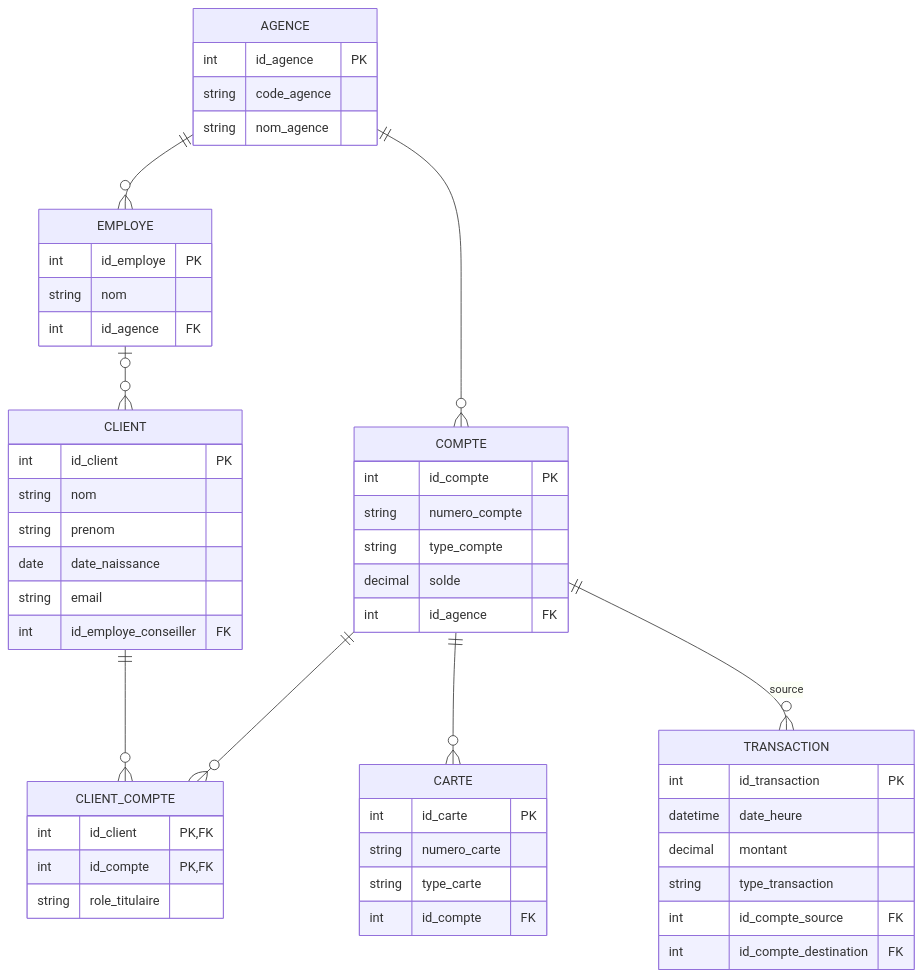
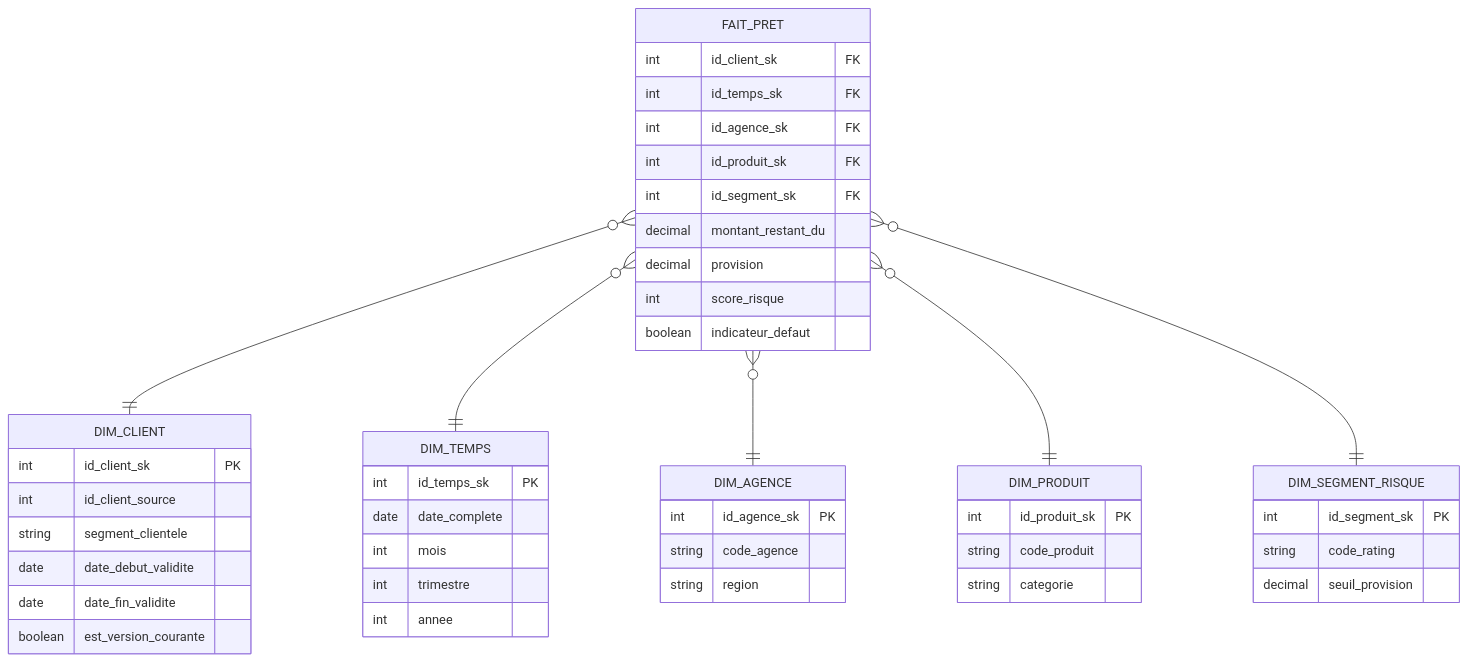
Before and after one commit to oussamadataeng-lab/DatamodelingProject-finance_health_industry-: the second of 2 diagrams in README.md, drawn with Mermaid. The commit also changed other lines of this file and 1 other file, not shown here.

````diff
--- a/README.md
+++ b/README.md
@@ -33,55 +22,50 @@
 ```mermaid
 erDiagram
-    CLIENT {
-        int id_client PK
-        string nom
-        string prenom
-        date date_naissance
-        string email
-        int id_employe_conseiller FK
+    FAIT_PRET {
+        int id_client_sk FK
+        int id_temps_sk FK
+        int id_agence_sk FK
+        int id_produit_sk FK
+        int id_segment_sk FK
+        decimal montant_restant_du
+        decimal provision
+        int score_risque
+        boolean indicateur_defaut
     }
-    CLIENT_COMPTE {
-        int id_client PK,FK
-        int id_compte PK,FK
-        string role_titulaire
+    DIM_CLIENT {
+        int id_client_sk PK
+        int id_client_source
+        string segment_clientele
+        date date_debut_validite
+        date date_fin_validite
+        boolean est_version_courante
     }
-    COMPTE {
-        int id_compte PK
-        string numero_compte
-        string type_compte
-        decimal solde
-        int id_agence FK
+    DIM_TEMPS {
+        int id_temps_sk PK
+        date date_complete
+        int mois
+        int trimestre
+        int annee
     }
-    AGENCE {
-        int id_agence PK
+    DIM_AGENCE {
+        int id_agence_sk PK
         string code_agence
-        string nom_agence
+        string region
     }
-    EMPLOYE {
-        int id_employe PK
-        string nom
-        int id_agence FK
+    DIM_PRODUIT {
+        int id_produit_sk PK
+        string code_produit
+        string categorie
     }
-    CARTE {
-        int id_carte PK
-        string numero_carte
-        string type_carte
-        int id_compte FK
-    }
-    TRANSACTION {
-        int id_transaction PK
-        datetime date_heure
-        decimal montant
-        string type_transaction
-        int id_compte_source FK
-        int id_compte_destination FK
+    DIM_SEGMENT_RISQUE {
+        int id_segment_sk PK
+        string code_rating
+        decimal seuil_provision
     }
 
-    CLIENT ||--o{ CLIENT_COMPTE : ""
-    COMPTE ||--o{ CLIENT_COMPTE : ""
-    AGENCE ||--o{ COMPTE : ""
-    AGENCE ||--o{ EMPLOYE : ""
-    EMPLOYE |o--o{ CLIENT : ""
-    COMPTE ||--o{ CARTE : ""
-    COMPTE ||--o{ TRANSACTION : source
+    FAIT_PRET }o--|| DIM_CLIENT : ""
+    FAIT_PRET }o--|| DIM_TEMPS : ""
+    FAIT_PRET }o--|| DIM_AGENCE : ""
+    FAIT_PRET }o--|| DIM_PRODUIT : ""
+    FAIT_PRET }o--|| DIM_SEGMENT_RISQUE : ""
 ```
````
